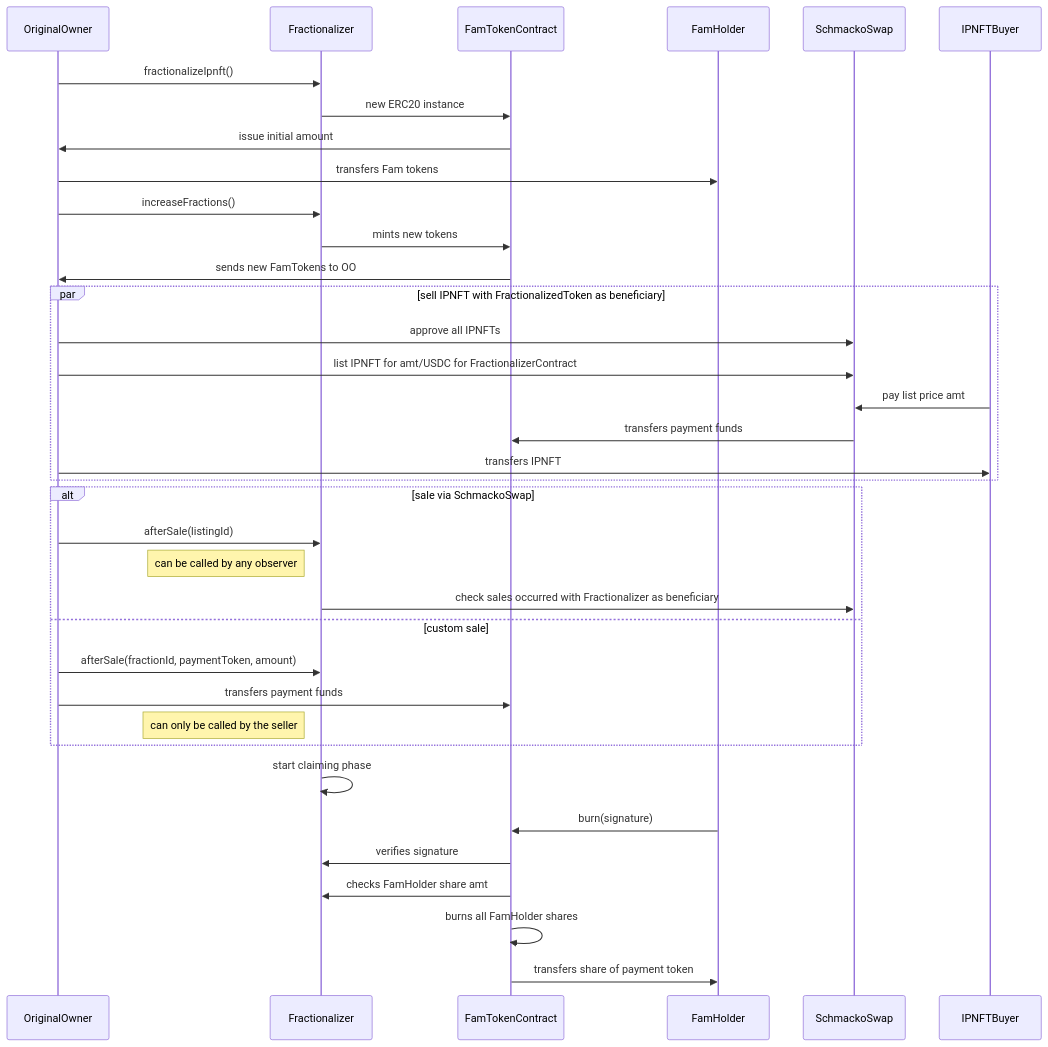
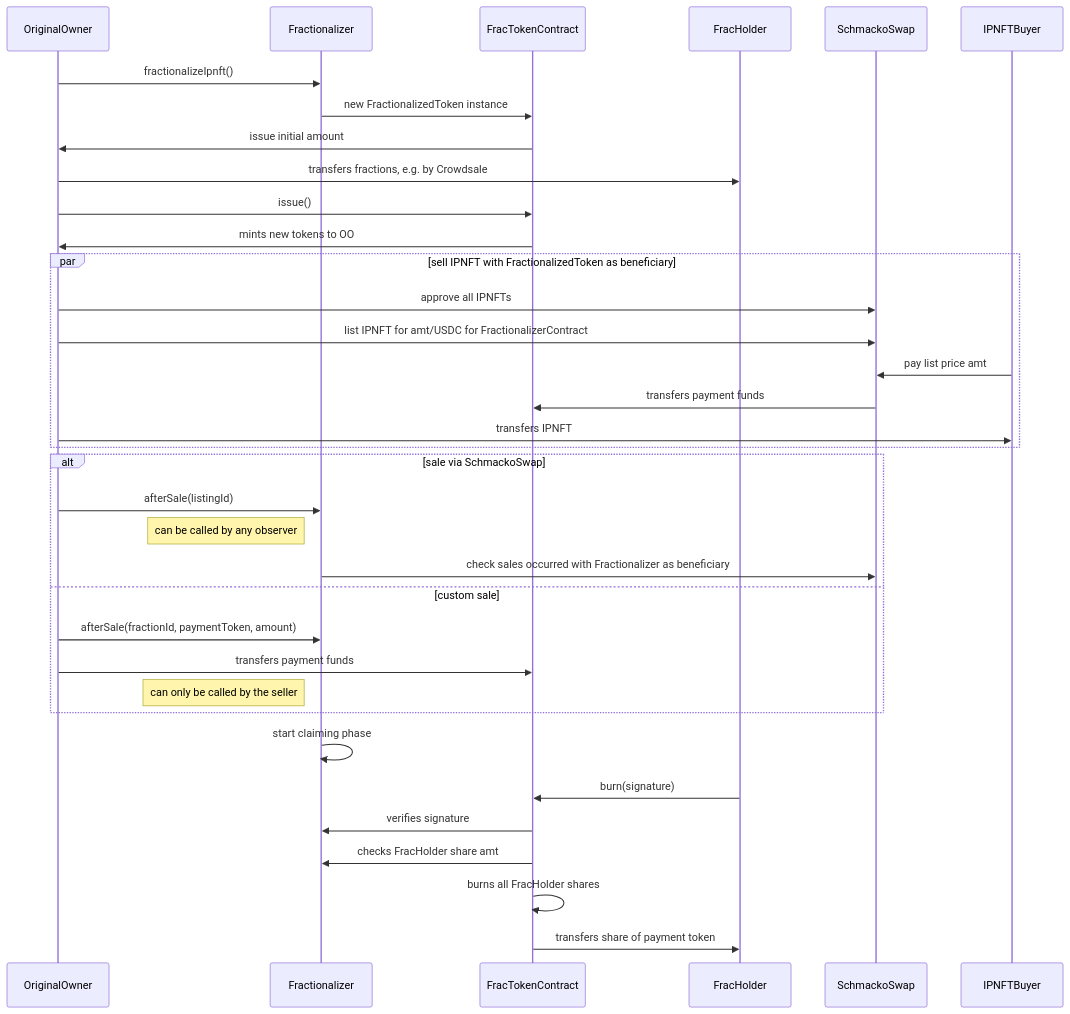
Before and after one commit to moleculeprotocol/IPNFT: the diagram in SEQUENCE.md, drawn with Mermaid. The commit also changed 5 other files, not shown here.

````diff
--- a/SEQUENCE.md
+++ b/SEQUENCE.md
@@ -1,47 +1,46 @@
 ```mermaid
 sequenceDiagram
     participant OO as OriginalOwner
     participant Fractionalizer
-    participant FamToken as FamTokenContract
-    participant FamHolder
+    participant FracToken as FracTokenContract
+    participant FracHolder
     participant SOS as SchmackoSwap
     participant Buyer as IPNFTBuyer
 
     OO->>Fractionalizer: fractionalizeIpnft()
-    Fractionalizer->>FamToken: new ERC20 instance
-    FamToken->>OO: issue initial amount
+    Fractionalizer->>FracToken: new FractionalizedToken instance
+    FracToken->>OO: issue initial amount
 
-    OO->>FamHolder: transfers Fam tokens
+    OO->>FracHolder: transfers fractions, e.g. by Crowdsale
 
-    OO->>Fractionalizer: increaseFractions()
-    Fractionalizer->>FamToken: mints new tokens
-    FamToken->>OO: sends new FamTokens to OO
+    OO->>FracToken: issue()
+    FracToken->>OO: mints new tokens to OO
 
     par sell IPNFT with FractionalizedToken as beneficiary
         OO->>SOS: approve all IPNFTs
         OO->>SOS: list IPNFT for amt/USDC for FractionalizerContract
         Buyer->>SOS: pay list price amt
-        SOS->>FamToken: transfers payment funds
+        SOS->>FracToken: transfers payment funds
         OO->>Buyer: transfers IPNFT
     end
 
     alt sale via SchmackoSwap
         OO->>Fractionalizer: afterSale(listingId)
         Note left of Fractionalizer: can be called by any observer
         Fractionalizer->>SOS: check sales occurred with  Fractionalizer as beneficiary
     else custom sale
         OO->>Fractionalizer: afterSale(fractionId, paymentToken, amount)
-        OO->>FamToken: transfers payment funds
+        OO->>FracToken: transfers payment funds
         Note left of Fractionalizer: can only be called by the seller
     end
 
     Fractionalizer->>Fractionalizer: start claiming phase
 
-    FamHolder->>FamToken: burn(signature)
-    FamToken->>Fractionalizer: verifies signature
-    FamToken->>Fractionalizer: checks FamHolder share amt
-    FamToken->>FamToken: burns all FamHolder shares
-    FamToken->>FamHolder: transfers share of payment token
+    FracHolder->>FracToken: burn(signature)
+    FracToken->>Fractionalizer: verifies signature
+    FracToken->>Fractionalizer: checks FracHolder share amt
+    FracToken->>FracToken: burns all FracHolder shares
+    FracToken->>FracHolder: transfers share of payment token
 
 
 ```
````
